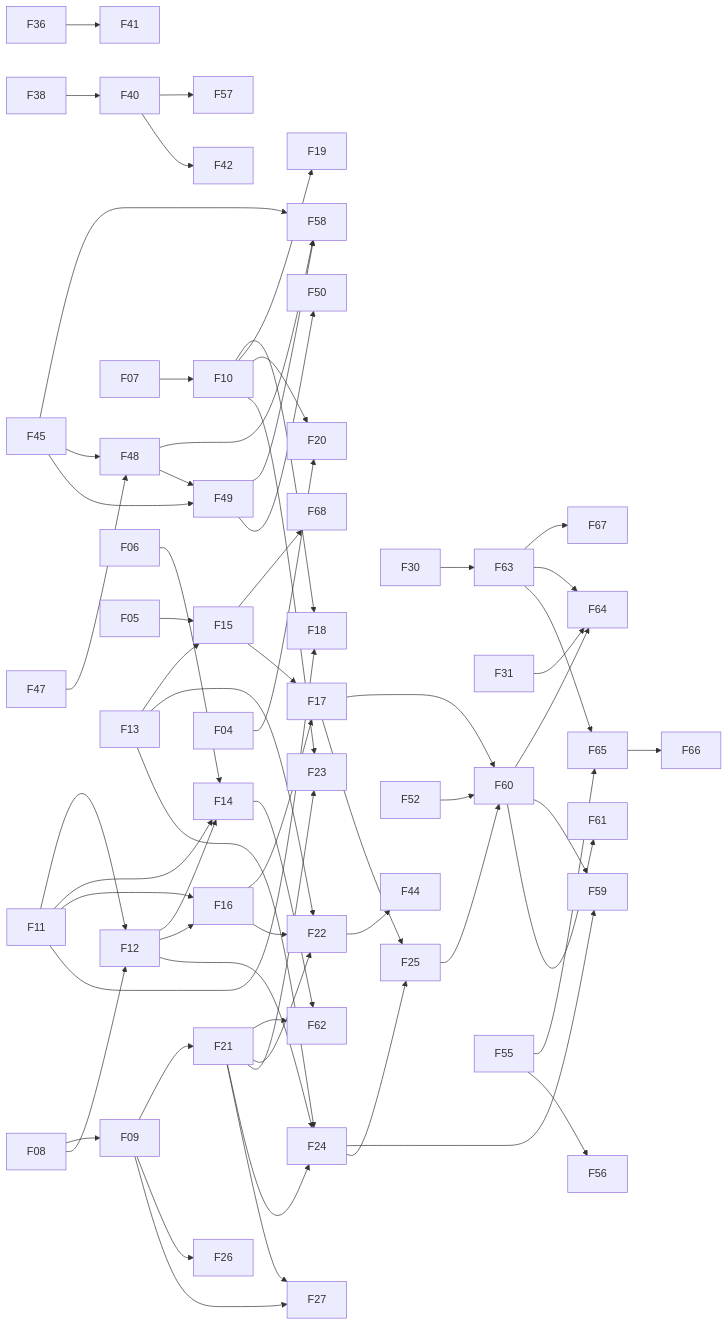
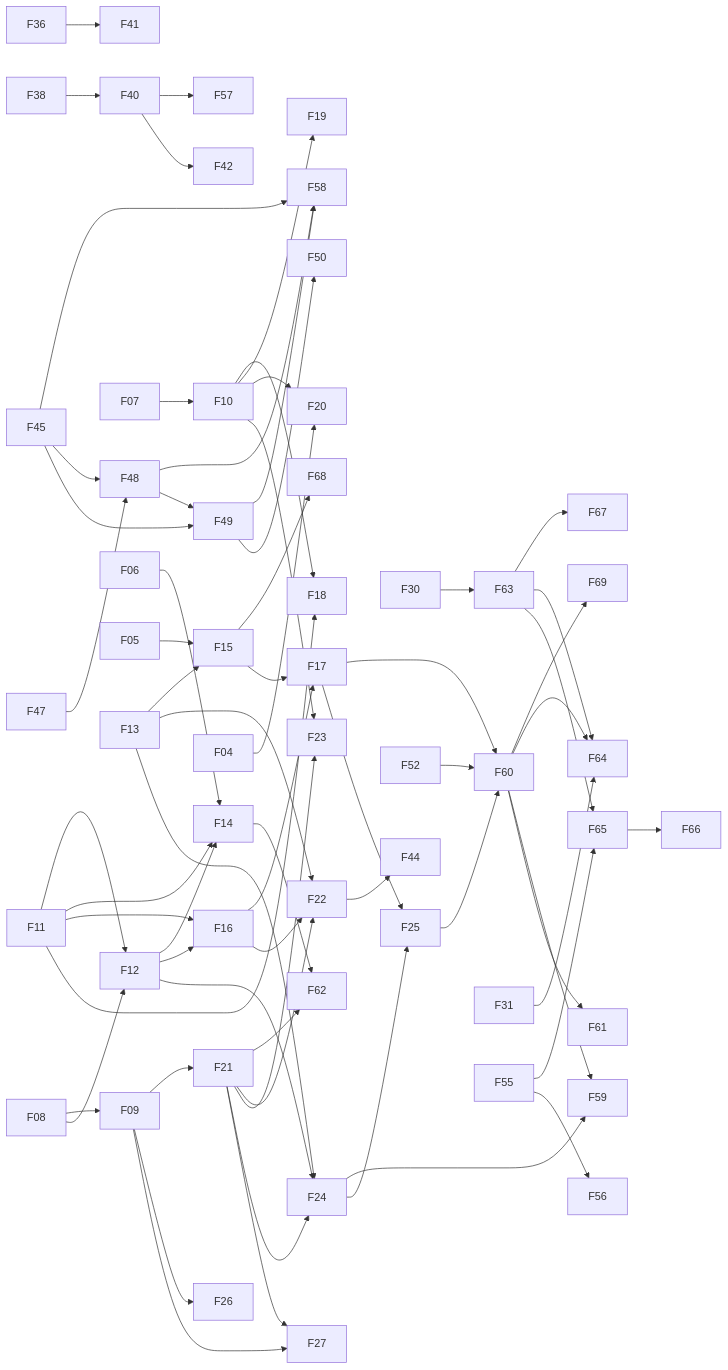
Before and after one commit to yinjunshao/lanyard: the diagram in Lanyard-Vault/07 Roadmap/00 Master To-Do.md, drawn with Mermaid. The commit also changed other lines of this file and 2 other files, not shown here.

````diff
--- a/Lanyard-Vault/07 Roadmap/00 Master To-Do.md
+++ b/Lanyard-Vault/07 Roadmap/00 Master To-Do.md
@@ -164,66 +166,67 @@
 ```mermaid
 graph LR
   F15 --> F68
+  F60 --> F69
   F30 --> F63
   F63 --> F67
   F63 --> F64
   F31 --> F64
   F60 --> F64
   F63 --> F65
   F55 --> F65
   F65 --> F66
   F21 --> F62
   F14 --> F62
   F40 --> F57
   F45 --> F58
   F48 --> F58
   F49 --> F58
   F17 --> F60
   F25 --> F60
   F52 --> F60
   F24 --> F59
   F60 --> F59
   F55 --> F56
   F60 --> F61
   F45 --> F48
   F47 --> F48
   F45 --> F49
   F48 --> F49
   F49 --> F50
   F40 --> F42
   F22 --> F44
   F38 --> F40
   F36 --> F41
   F07 --> F10
   F08 --> F09
   F08 --> F12
   F11 --> F12
   F06 --> F14
   F11 --> F14
   F12 --> F14
   F05 --> F15
   F13 --> F15
   F11 --> F16
   F12 --> F16
   F15 --> F17
   F16 --> F17
   F10 --> F18
   F11 --> F18
   F10 --> F19
   F10 --> F20
   F04 --> F20
   F09 --> F21
   F21 --> F22
   F13 --> F22
   F16 --> F22
   F21 --> F23
   F10 --> F23
   F21 --> F24
   F12 --> F24
   F13 --> F24
   F17 --> F25
   F24 --> F25
   F09 --> F26
   F09 --> F27
   F21 --> F27
 ```
````
